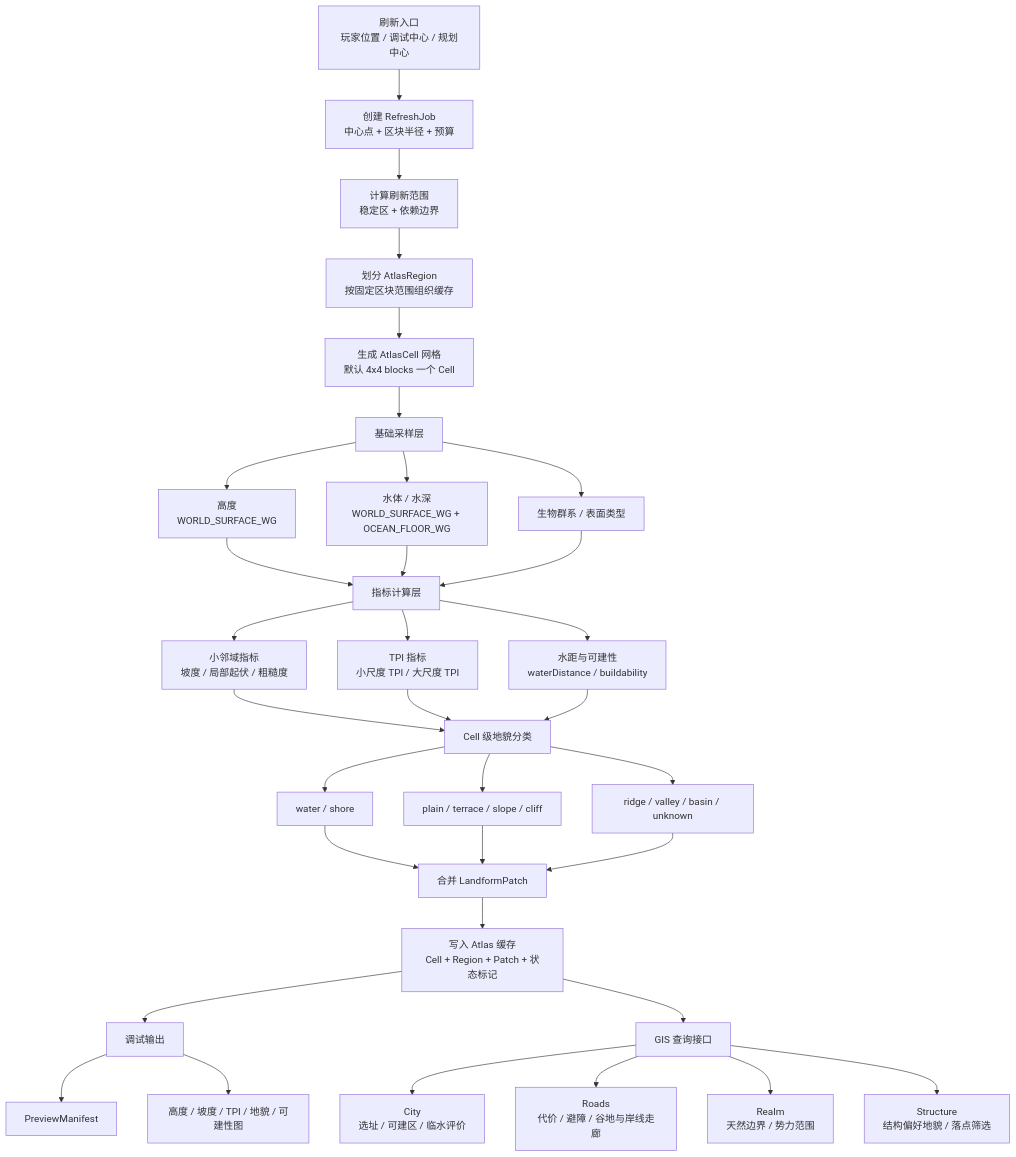
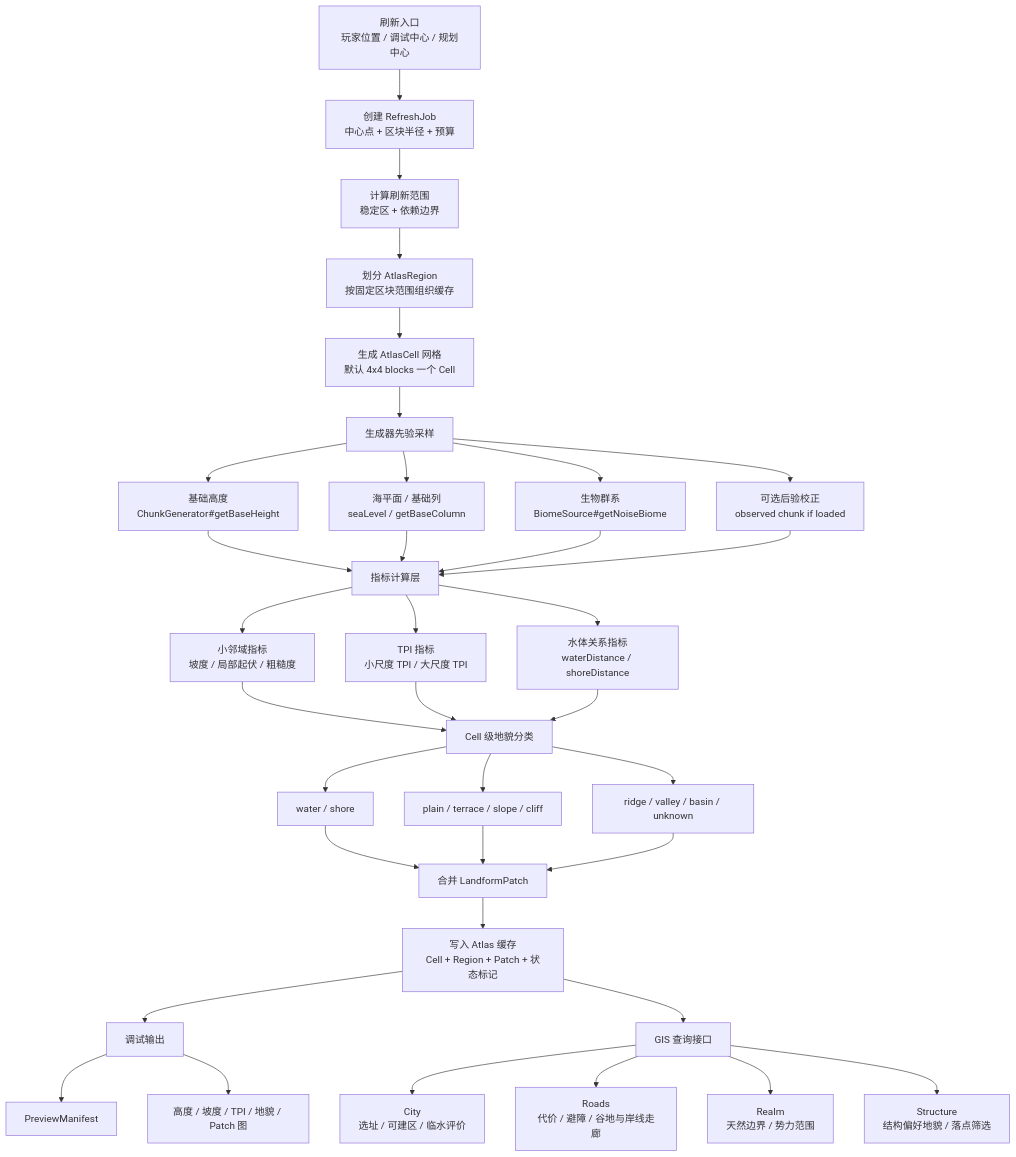
Before and after one commit to RinsingEL/designer_territoryMod: the diagram in docs/systems/gis/10_product/功能设计/GIS主流程图.md, drawn with Mermaid. The commit also changed other lines of this file and 18 other files, not shown here.

````diff
--- a/docs/systems/gis/10_product/功能设计/GIS主流程图.md
+++ b/docs/systems/gis/10_product/功能设计/GIS主流程图.md
@@ -5,41 +5,43 @@
 ```mermaid
 flowchart TD
   A["刷新入口<br/>玩家位置 / 调试中心 / 规划中心"] --> B["创建 RefreshJob<br/>中心点 + 区块半径 + 预算"]
   B --> C["计算刷新范围<br/>稳定区 + 依赖边界"]
   C --> D["划分 AtlasRegion<br/>按固定区块范围组织缓存"]
   D --> E["生成 AtlasCell 网格<br/>默认 4x4 blocks 一个 Cell"]
 
-  E --> F["基础采样层"]
-  F --> F1["高度<br/>WORLD_SURFACE_WG"]
-  F --> F2["水体 / 水深<br/>WORLD_SURFACE_WG + OCEAN_FLOOR_WG"]
-  F --> F3["生物群系 / 表面类型"]
+  E --> F["生成器先验采样"]
+  F --> F1["基础高度<br/>ChunkGenerator#getBaseHeight"]
+  F --> F2["海平面 / 基础列<br/>seaLevel / getBaseColumn"]
+  F --> F3["生物群系<br/>BiomeSource#getNoiseBiome"]
+  F --> F4["可选后验校正<br/>observed chunk if loaded"]
 
   F1 --> G["指标计算层"]
   F2 --> G
   F3 --> G
+  F4 --> G
   G --> G1["小邻域指标<br/>坡度 / 局部起伏 / 粗糙度"]
   G --> G2["TPI 指标<br/>小尺度 TPI / 大尺度 TPI"]
-  G --> G3["水距与可建性<br/>waterDistance / buildability"]
+  G --> G3["水体关系指标<br/>waterDistance / shoreDistance"]
 
   G1 --> H["Cell 级地貌分类"]
   G2 --> H
   G3 --> H
   H --> H1["water / shore"]
   H --> H2["plain / terrace / slope / cliff"]
   H --> H3["ridge / valley / basin / unknown"]
 
   H1 --> I["合并 LandformPatch"]
   H2 --> I
   H3 --> I
   I --> J["写入 Atlas 缓存<br/>Cell + Region + Patch + 状态标记"]
 
   J --> K["调试输出"]
   K --> K1["PreviewManifest"]
-  K --> K2["高度 / 坡度 / TPI / 地貌 / 可建性图"]
+  K --> K2["高度 / 坡度 / TPI / 地貌 / Patch 图"]
 
   J --> L["GIS 查询接口"]
   L --> M1["City<br/>选址 / 可建区 / 临水评价"]
   L --> M2["Roads<br/>代价 / 避障 / 谷地与岸线走廊"]
   L --> M3["Realm<br/>天然边界 / 势力范围"]
   L --> M4["Structure<br/>结构偏好地貌 / 落点筛选"]
 ```
````
